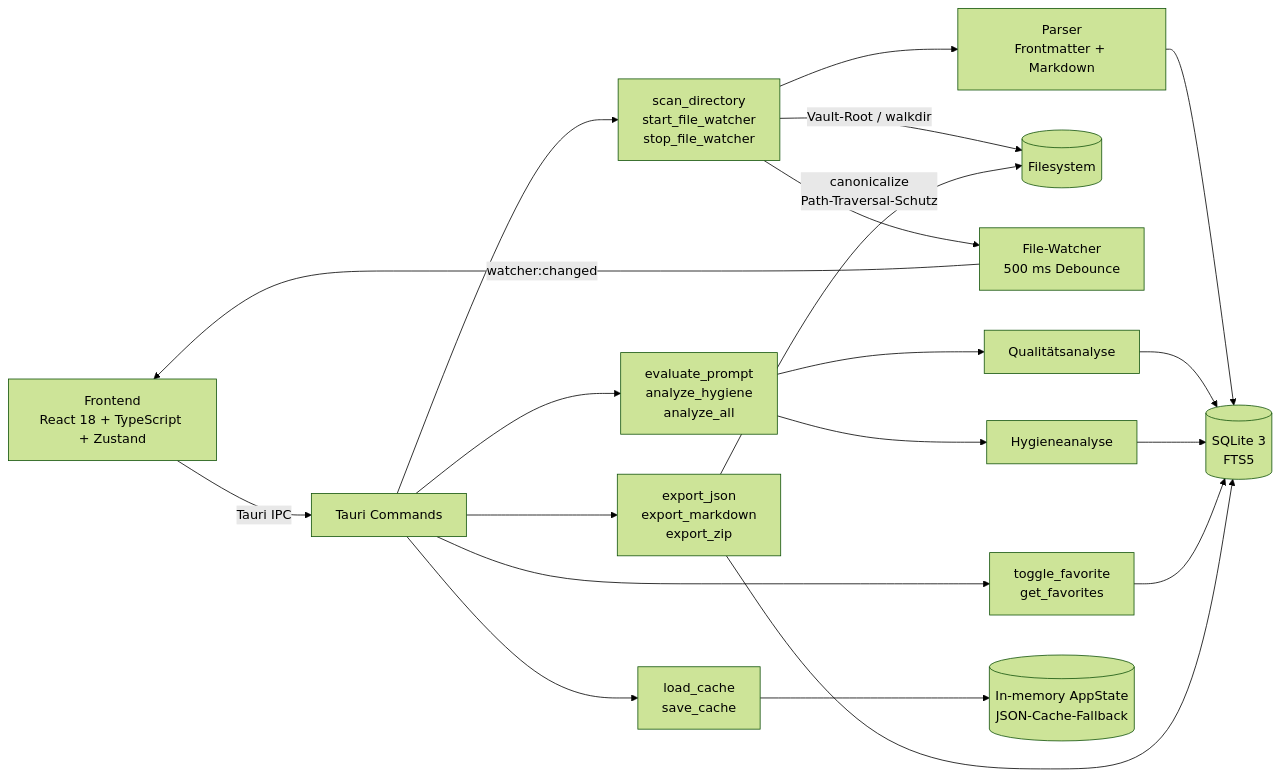
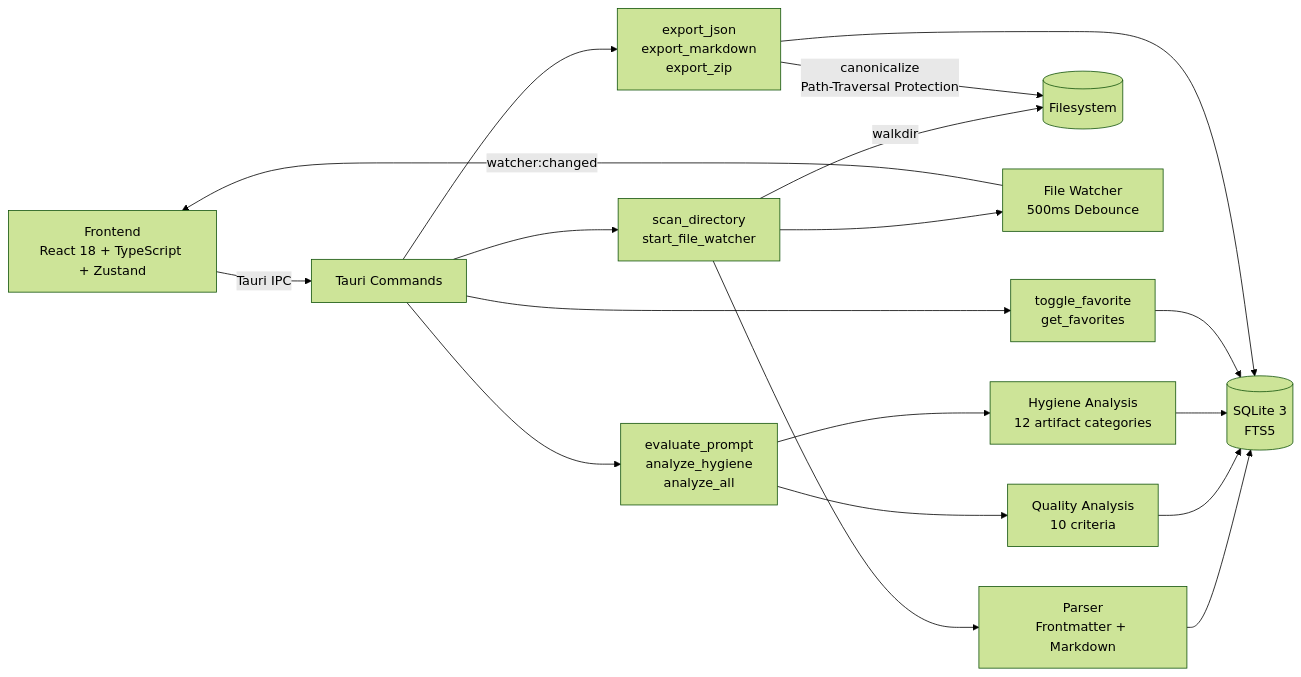
The diagram in README.md (xxammaxx/promptvault-lite), drawn with Mermaid (forest theme) before and after one commit. The commit also changed other lines of this file and 14 other files, not shown here.

````diff
--- a/README.md
+++ b/README.md
@@ -97,27 +118,25 @@
 ```mermaid
 flowchart LR
-  UI[Frontend\nReact 18 + TypeScript + Zustand] -->|Tauri IPC| IPC[Tauri Commands]
+  UI[Frontend<br/>React 18 + TypeScript + Zustand] -->|Tauri IPC| IPC[Tauri Commands]
 
-  IPC --> Scan[scan_directory\nstart_file_watcher\nstop_file_watcher]
-  IPC --> Analyze[evaluate_prompt\nanalyze_hygiene\nanalyze_all]
-  IPC --> Fav[toggle_favorite\nget_favorites]
-  IPC --> Export[export_json\nexport_markdown\nexport_zip]
-  IPC --> Persist[load_cache\nsave_cache]
+  IPC --> Scan[scan_directory<br/>start_file_watcher]
+  IPC --> Analyze[evaluate_prompt<br/>analyze_hygiene<br/>analyze_all]
+  IPC --> Fav[toggle_favorite<br/>get_favorites]
+  IPC --> Export[export_json<br/>export_markdown<br/>export_zip]
 
-  Scan -->|Vault-Root / walkdir| FS[(Filesystem)]
-  Scan --> Watcher[File-Watcher\n500 ms Debounce]
+  Scan -->|walkdir| FS[(Filesystem)]
+  Scan --> Watcher[File Watcher<br/>500ms Debounce]
   Watcher -->|watcher:changed| UI
 
-  Scan --> Parser[Parser\nFrontmatter + Markdown]
-  Analyze --> Quality[Qualitätsanalyse]
-  Analyze --> Hygiene[Hygieneanalyse]
+  Scan --> Parser[Parser<br/>Frontmatter + Markdown]
+  Analyze --> Quality[Quality Analysis<br/>10 criteria]
+  Analyze --> Hygiene[Hygiene Analysis<br/>12 artifact categories]
 
-  Parser --> DB[(SQLite 3\nFTS5)]
+  Parser --> DB[(SQLite 3<br/>FTS5)]
   Quality --> DB
   Hygiene --> DB
   Fav --> DB
   Export --> DB
-  Persist --> Cache[(In-memory AppState\nJSON-Cache-Fallback)]
 
-  Export -->|canonicalize\nPath-Traversal-Schutz| FS
+  Export -->|canonicalize<br/>Path-Traversal Protection| FS
 ```
````
